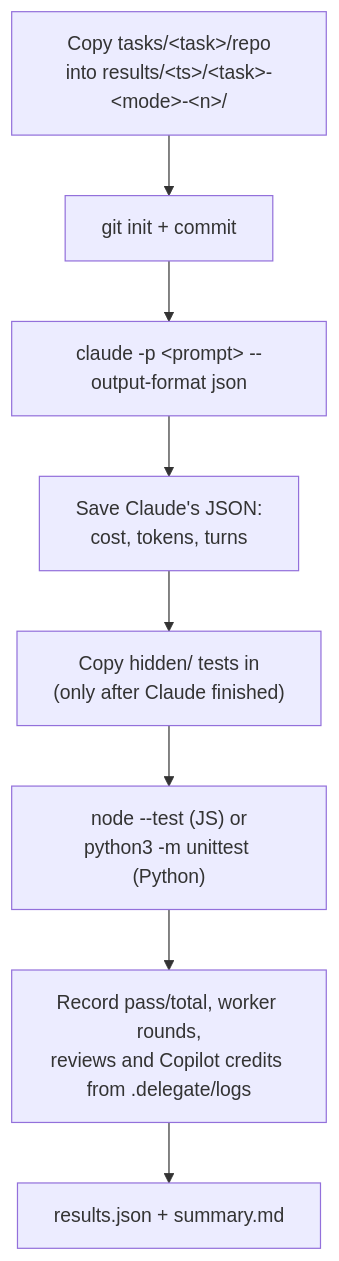
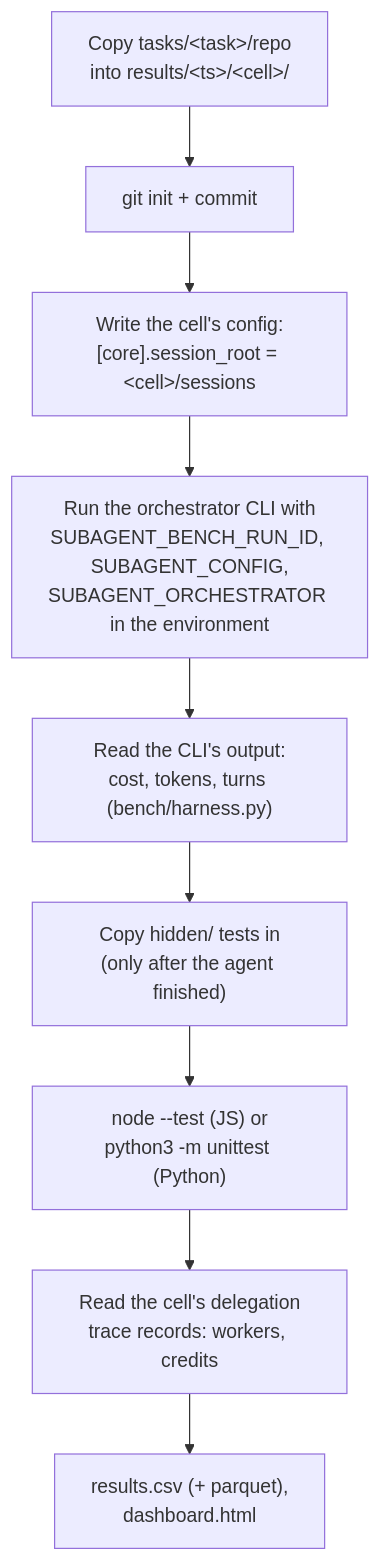
The first of 2 diagrams in docs/benchmark.md (gaztrabisme/claude-subagent-delegation), drawn with Mermaid before and after one commit. The commit also changed other lines of this file and 10 other files, not shown here.

Commit message:
P4a: bench matrix over harness × config × task

````diff
--- a/docs/benchmark.md
+++ b/docs/benchmark.md
@@ -18,10 +51,11 @@
 ```mermaid
 flowchart TD
-    A["Copy tasks/&lt;task&gt;/repo<br/>into results/&lt;ts&gt;/&lt;task&gt;-&lt;mode&gt;-&lt;n&gt;/"] --> B["git init + commit"]
-    B --> C["claude -p &lt;prompt&gt; --output-format json"]
-    C --> D["Save Claude's JSON:<br/>cost, tokens, turns"]
-    D --> E["Copy hidden/ tests in<br/>(only after Claude finished)"]
-    E --> F["node --test (JS) or<br/>python3 -m unittest (Python)"]
-    F --> G["Record pass/total, worker rounds,<br/>reviews and Copilot credits from .delegate/logs"]
-    G --> H["results.json + summary.md"]
+    A["Copy tasks/&lt;task&gt;/repo<br/>into results/&lt;ts&gt;/&lt;cell&gt;/"] --> B["git init + commit"]
+    B --> C["Write the cell's config:<br/>[core].session_root = &lt;cell&gt;/sessions"]
+    C --> D["Run the orchestrator CLI with<br/>SUBAGENT_BENCH_RUN_ID, SUBAGENT_CONFIG,<br/>SUBAGENT_ORCHESTRATOR in the environment"]
+    D --> E["Read the CLI's output:<br/>cost, tokens, turns (bench/harness.py)"]
+    E --> F["Copy hidden/ tests in<br/>(only after the agent finished)"]
+    F --> G["node --test (JS) or<br/>python3 -m unittest (Python)"]
+    G --> H["Read the cell's delegation<br/>trace records: workers, credits"]
+    H --> I["results.csv (+ parquet),<br/>dashboard.html"]
 ```
````
